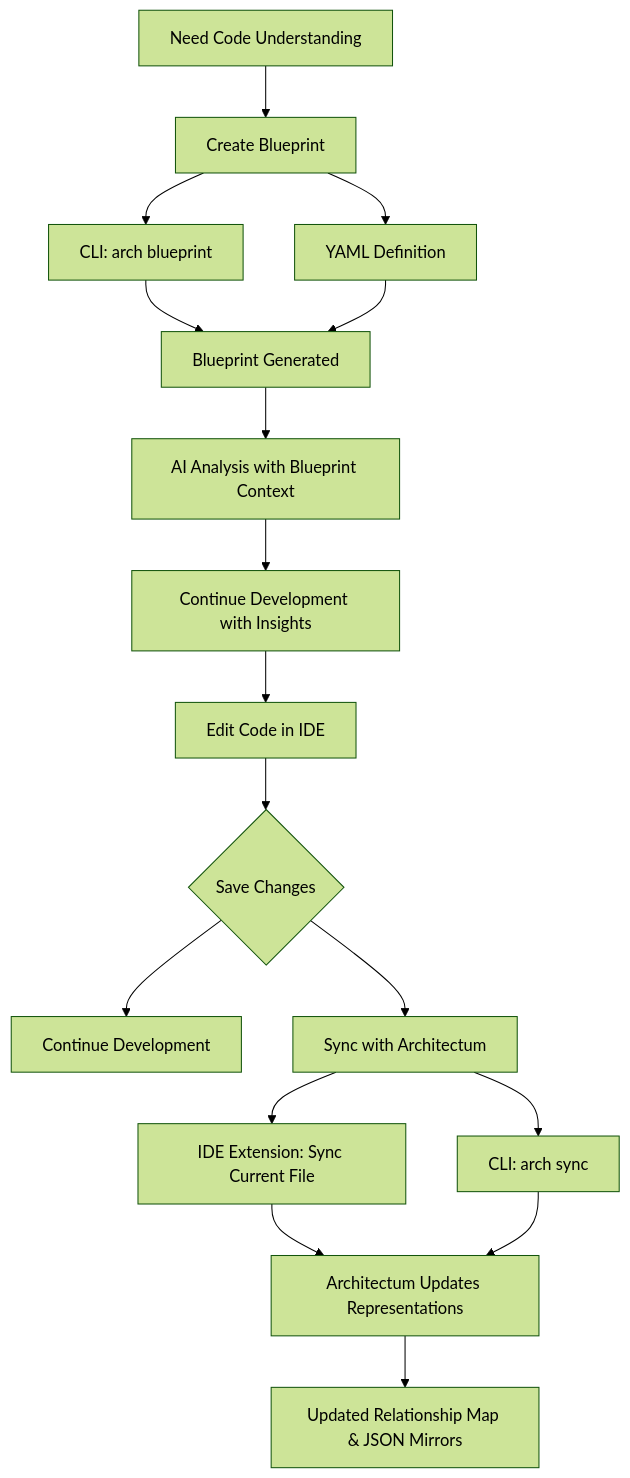
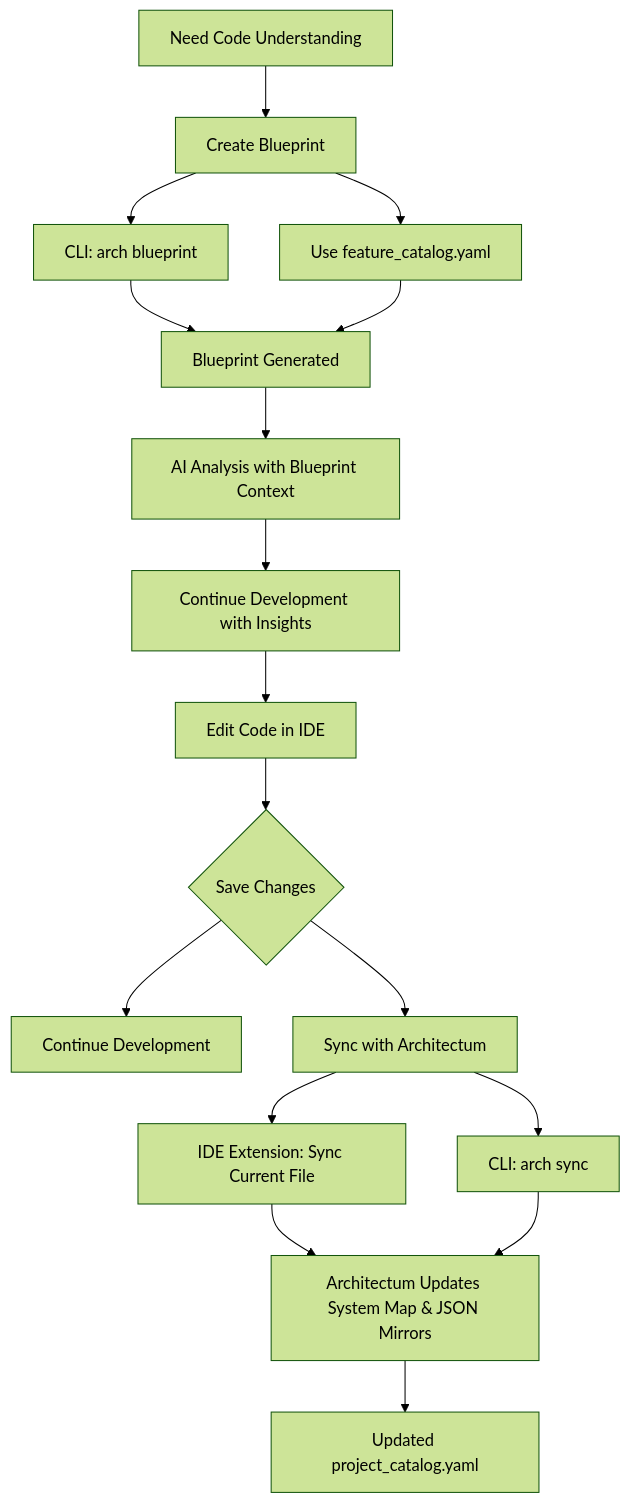
The second of 3 diagrams in docs/architecture.md (flyingwolf1701/architectum_new), drawn with Mermaid (forest theme) before and after one commit. The commit also changed other lines of this file and 3 other files, not shown here.

````diff
--- a/docs/architecture.md
+++ b/docs/architecture.md
@@ -508,20 +469,20 @@
 ```mermaid
 graph TD
     A[Edit Code in IDE] --> B{Save Changes}
     B --> C[Continue Development]
     B --> D[Sync with Architectum]
     D --> E[IDE Extension: Sync Current File]
     D --> F[CLI: arch sync]
-    E --> H[Architectum Updates Representations]
+    E --> H[Architectum Updates System Map & JSON Mirrors]
     F --> H
-    H --> I[Updated Relationship Map & JSON Mirrors]
+    H --> I[Updated project_catalog.yaml]
     
     J[Need Code Understanding] --> K[Create Blueprint]
     K --> L[CLI: arch blueprint]
-    K --> M[YAML Definition]
+    K --> M[Use feature_catalog.yaml]
     L --> N[Blueprint Generated]
     M --> N
     N --> O[AI Analysis with Blueprint Context]
     O --> P[Continue Development with Insights]
     P --> A
 ```
````
